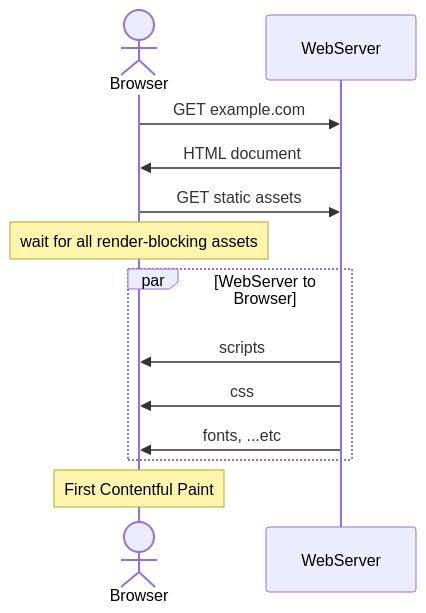
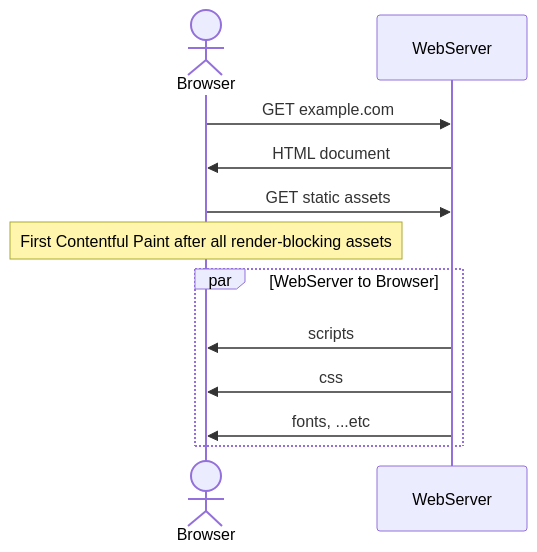
Before and after one commit to wenchonglee/paradigms: the first of 4 diagrams in README.md, drawn with Mermaid. The commit also changed other lines of this file and 9 other files, not shown here.

````diff
--- a/README.md
+++ b/README.md
@@ -97,14 +82,13 @@
 ```mermaid
 sequenceDiagram
     actor Browser
     Browser->>WebServer: GET example.com
     WebServer->>Browser: HTML document
     Browser->>WebServer: GET static assets
-    Note over Browser: wait for all render-blocking assets
+    Note over Browser: First Contentful Paint after all render-blocking assets
     par WebServer to Browser
       WebServer->>Browser: scripts
       WebServer->>Browser: css
       WebServer->>Browser: fonts, ...etc
     end
-    Note over Browser: First Contentful Paint
 ```
````
